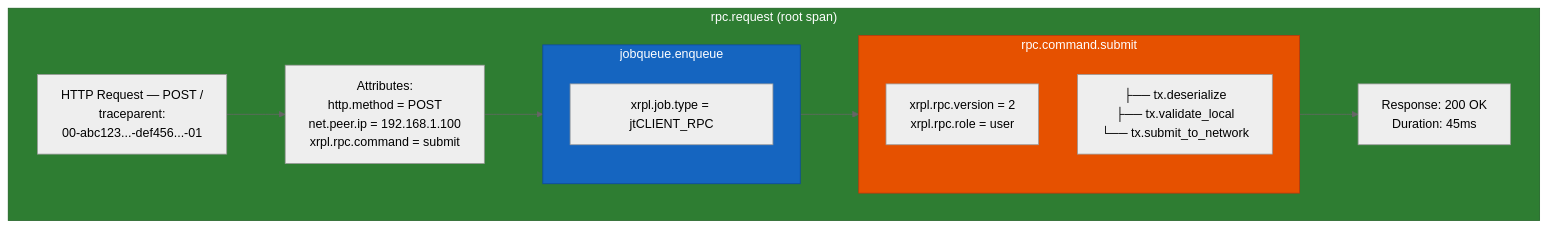
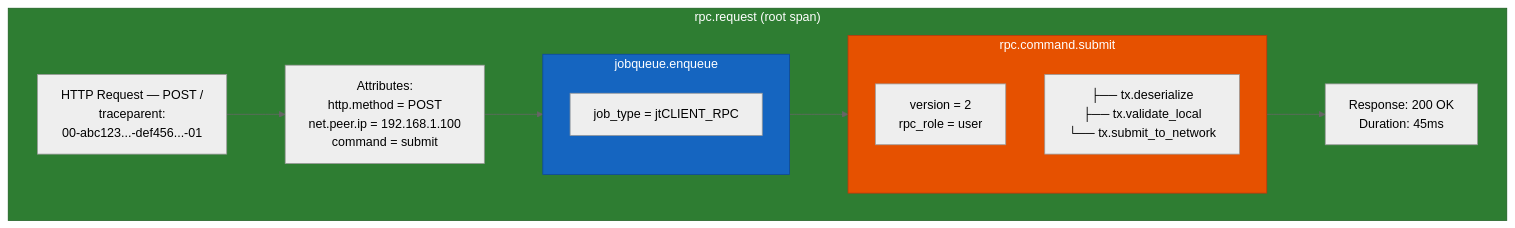
Before and after one commit to XRPLF/rippled: the fourth of 6 diagrams in OpenTelemetryPlan/01-architecture-analysis.md, drawn with Mermaid (neutral theme). The commit also changed other lines of this file and 9 other files, not shown here.

````diff
--- a/OpenTelemetryPlan/01-architecture-analysis.md
+++ b/OpenTelemetryPlan/01-architecture-analysis.md
@@ -245,28 +245,28 @@
 ```mermaid
 flowchart TB
     subgraph request["rpc.request (root span)"]
         http["HTTP Request — POST /<br/>traceparent:<br/>00-abc123...-def456...-01"]
 
-        attrs["Attributes:<br/>http.method = POST<br/>net.peer.ip = 192.168.1.100<br/>xrpl.rpc.command = submit"]
+        attrs["Attributes:<br/>http.method = POST<br/>net.peer.ip = 192.168.1.100<br/>command = submit"]
 
         subgraph enqueue["jobqueue.enqueue"]
-            job_attr["xrpl.job.type = jtCLIENT_RPC"]
+            job_attr["job_type = jtCLIENT_RPC"]
         end
 
         subgraph command["rpc.command.submit"]
-            cmd_attrs["xrpl.rpc.version = 2<br/>xrpl.rpc.role = user"]
+            cmd_attrs["version = 2<br/>rpc_role = user"]
             cmd_children["├── tx.deserialize<br/>├── tx.validate_local<br/>└── tx.submit_to_network"]
         end
 
         response["Response: 200 OK<br/>Duration: 45ms"]
 
         http --> attrs
         attrs --> enqueue
         enqueue --> command
         command --> response
     end
 
     style request fill:#2e7d32,stroke:#1b5e20,color:#ffffff
     style enqueue fill:#1565c0,stroke:#0d47a1,color:#ffffff
     style command fill:#e65100,stroke:#bf360c,color:#ffffff
 ```
````
